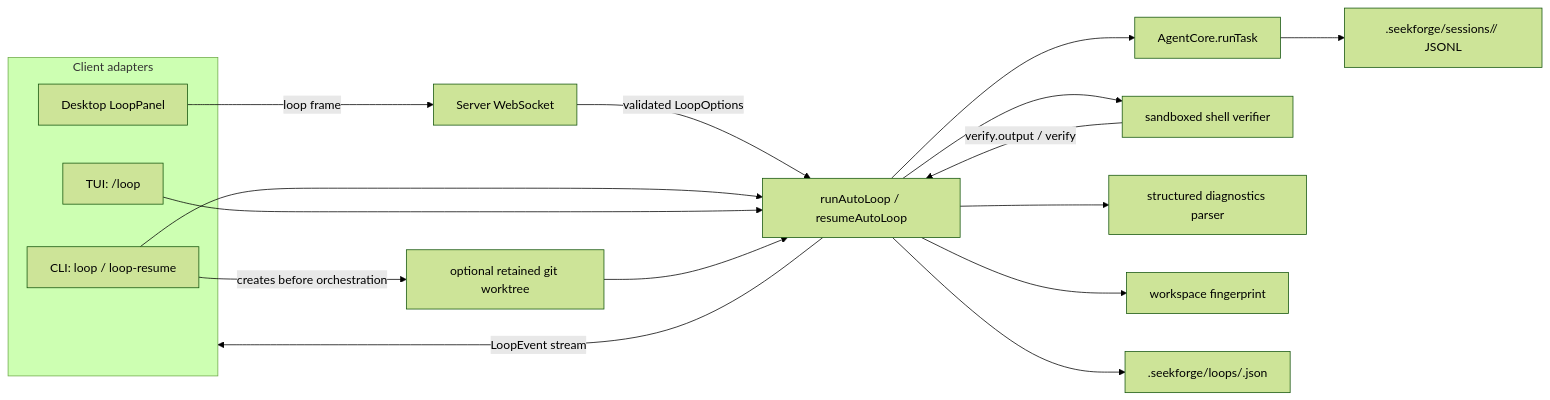
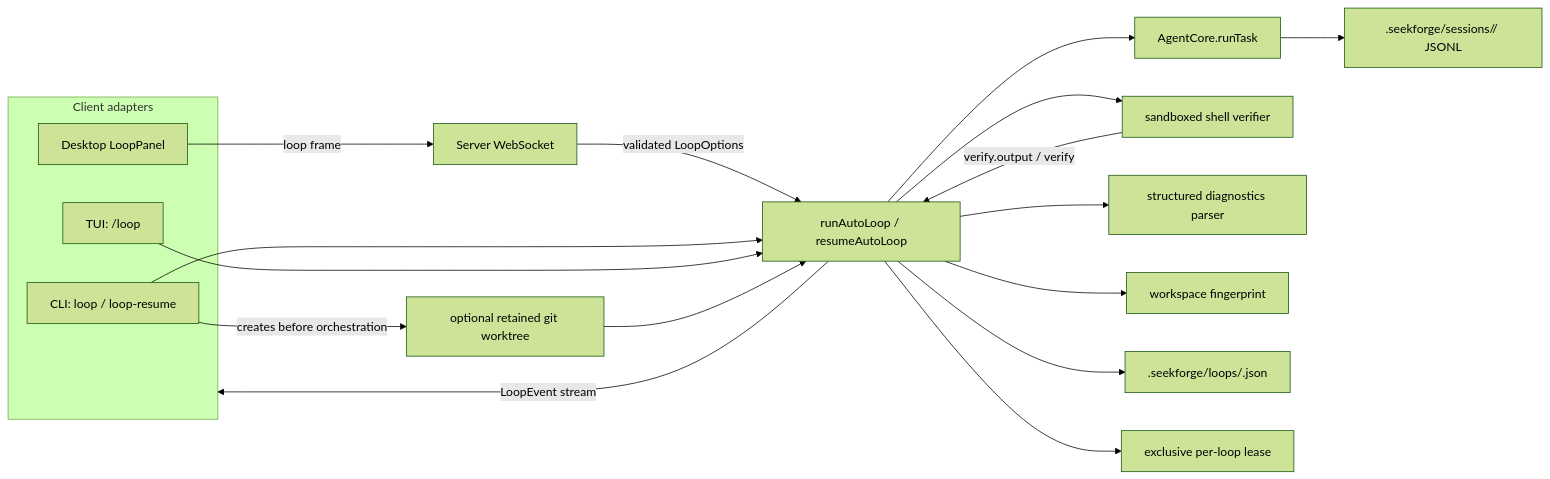
The first of 3 diagrams in docs/loop-engineering.md (eilyeee/seekforge), drawn with Mermaid (forest theme) before and after one commit. The commit also changed other lines of this file and 36 other files, not shown here.

````diff
--- a/docs/loop-engineering.md
+++ b/docs/loop-engineering.md
@@ -14,25 +14,26 @@
 ```mermaid
 flowchart LR
   subgraph Clients["Client adapters"]
     CLI["CLI: loop / loop-resume"]
     TUI["TUI: /loop"]
     Desktop["Desktop LoopPanel"]
   end
 
   Desktop -->|"loop frame"| WS["Server WebSocket"]
   WS -->|"validated LoopOptions"| Orchestrator
   CLI --> Orchestrator["runAutoLoop / resumeAutoLoop"]
   TUI --> Orchestrator
 
   Orchestrator --> Agent["AgentCore.runTask"]
   Orchestrator --> Verify["sandboxed shell verifier"]
   Orchestrator --> Diagnostics["structured diagnostics parser"]
   Orchestrator --> Fingerprint["workspace fingerprint"]
   Orchestrator --> State[".seekforge/loops/<id>.json"]
+  Orchestrator --> Lease["exclusive per-loop lease"]
   Agent --> Trace[".seekforge/sessions/<id>/ JSONL"]
   Verify -->|"verify.output / verify"| Orchestrator
   Orchestrator -->|"LoopEvent stream"| Clients
 
   Worktree["optional retained git worktree"] --> Orchestrator
   CLI -->|"creates before orchestration"| Worktree
 ```
````
